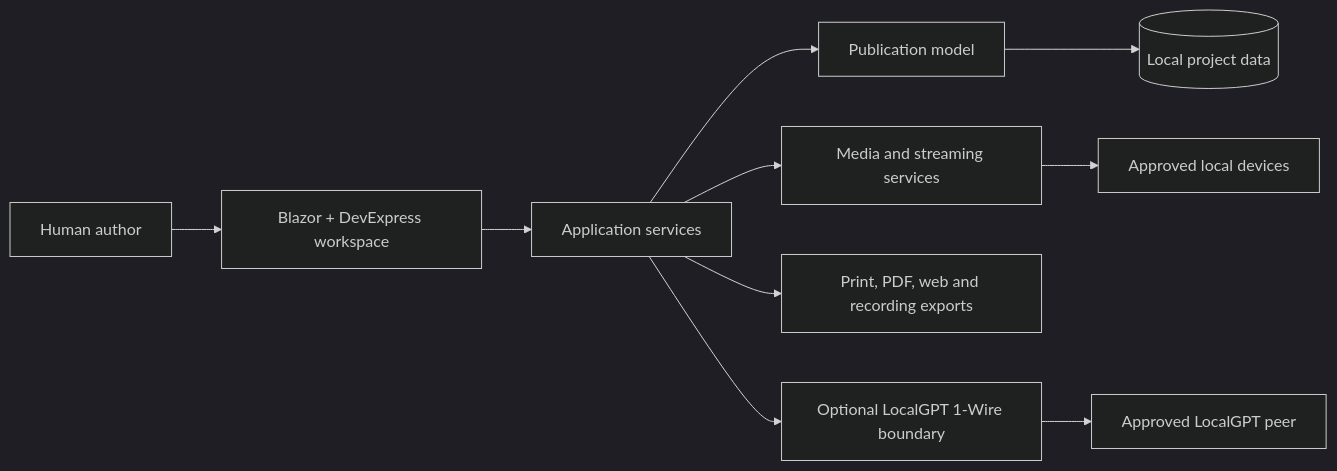
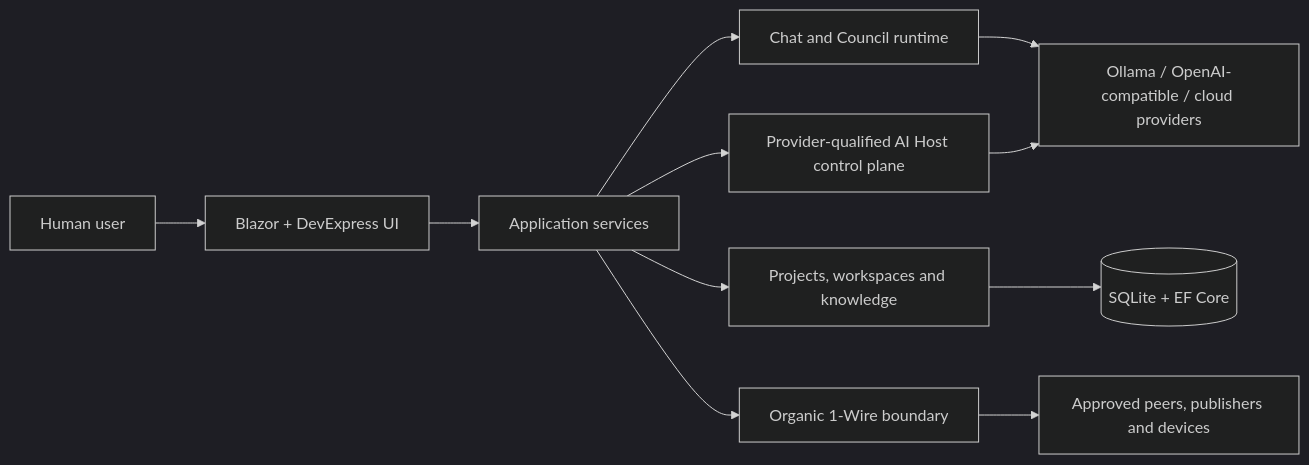
One commit to Michi0403/BlazorPublisher changed the diagram in docs/index.md. Above: the diagram before and after it, drawn with Mermaid (dark theme). The commit also changed other lines of this file and 2332 other files, not shown here.

````diff
--- a/docs/index.md
+++ b/docs/index.md
@@ -57,12 +57,13 @@
 ```mermaid
 flowchart LR
-    U[Human author] --> UI[Blazor + DevExpress workspace]
+    U[Human user] --> UI[Blazor + DevExpress UI]
     UI --> APP[Application services]
-    APP --> DOC[Publication model]
-    APP --> MEDIA[Media and streaming services]
-    APP --> EXPORT[Print, PDF, web and recording exports]
-    APP --> WIRE[Optional LocalGPT 1-Wire boundary]
-    DOC --> STORE[(Local project data)]
-    MEDIA --> DEVICE[Approved local devices]
-    WIRE --> PEER[Approved LocalGPT peer]
+    APP --> COUNCIL[Chat and Council runtime]
+    APP --> PROJECTS[Projects, workspaces and knowledge]
+    APP --> HOST[Provider-qualified AI Host control plane]
+    APP --> WIRE[Organic 1-Wire boundary]
+    COUNCIL --> PROVIDERS[Ollama / OpenAI-compatible / cloud providers]
+    PROJECTS --> DB[(SQLite + EF Core)]
+    HOST --> PROVIDERS
+    WIRE --> PEERS[Approved peers, publishers and devices]
 ```
````
